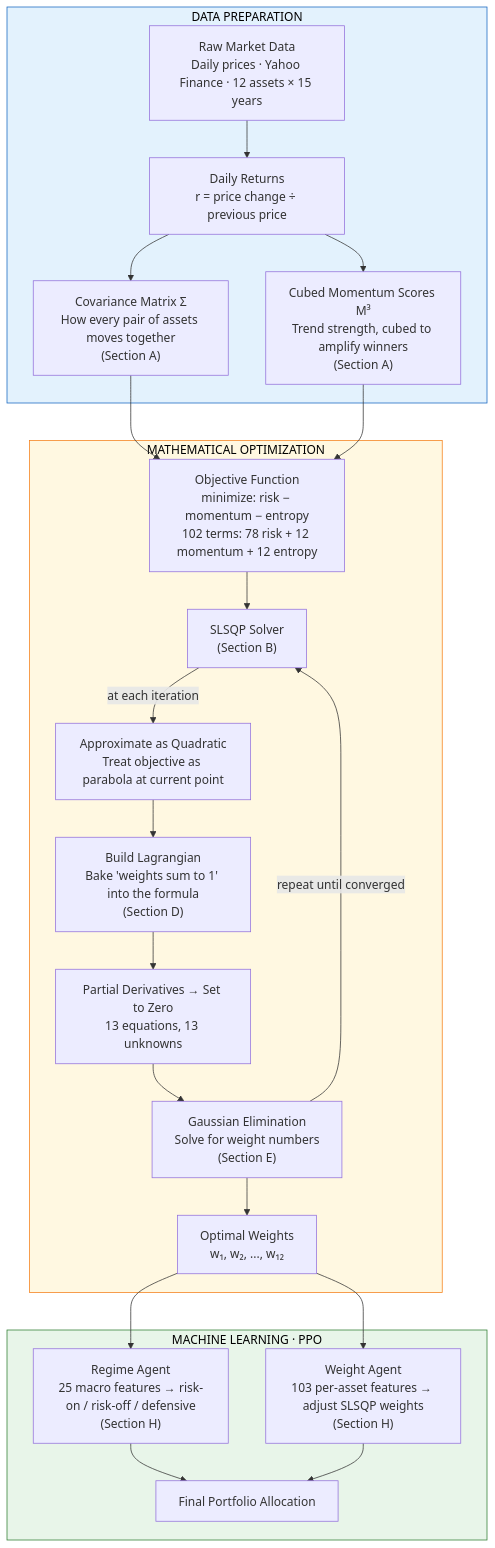
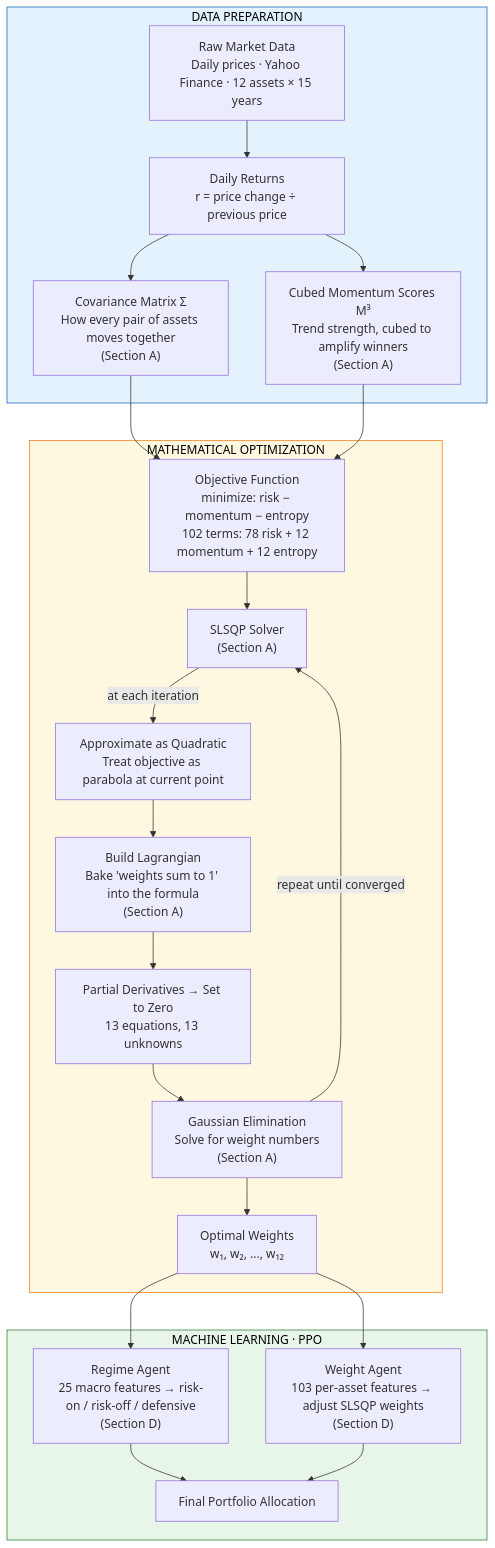
One commit to Guannings/alpha_dual_engine changed the diagram in README.md. Above: the diagram before and after it, drawn with Mermaid. The commit also changed other lines of this file, not shown here.

Commit message:
Fix flowchart section references to match actual appendix sections
SLSQP, Lagrangian, and Gaussian elimination are all subsections of A,
not separate sections B/D/E. PPO agents are Section D, not H.

````diff
--- a/README.md
+++ b/README.md
@@ -1064,46 +1064,46 @@
 ```mermaid
 graph TD
     subgraph DATA ["DATA PREPARATION"]
         A["Raw Market Data<br/>Daily prices · Yahoo Finance · 12 assets × 15 years"]
         B["Daily Returns<br/>r = price change ÷ previous price"]
         C["Covariance Matrix Σ<br/>How every pair of assets moves together<br/>(Section A)"]
         D["Cubed Momentum Scores M³<br/>Trend strength, cubed to amplify winners<br/>(Section A)"]
     end
 
     subgraph MATH ["MATHEMATICAL OPTIMIZATION"]
         E["Objective Function<br/>minimize: risk − momentum − entropy<br/>102 terms: 78 risk + 12 momentum + 12 entropy"]
-        F["SLSQP Solver<br/>(Section B)"]
+        F["SLSQP Solver<br/>(Section A)"]
         G["Approximate as Quadratic<br/>Treat objective as parabola at current point"]
-        H["Build Lagrangian<br/>Bake 'weights sum to 1' into the formula<br/>(Section D)"]
+        H["Build Lagrangian<br/>Bake 'weights sum to 1' into the formula<br/>(Section A)"]
         I["Partial Derivatives → Set to Zero<br/>13 equations, 13 unknowns"]
-        J["Gaussian Elimination<br/>Solve for weight numbers<br/>(Section E)"]
+        J["Gaussian Elimination<br/>Solve for weight numbers<br/>(Section A)"]
         K["Optimal Weights<br/>w₁, w₂, ..., w₁₂"]
     end
 
     subgraph ML ["MACHINE LEARNING · PPO"]
-        L["Regime Agent<br/>25 macro features → risk-on / risk-off / defensive<br/>(Section H)"]
-        M["Weight Agent<br/>103 per-asset features → adjust SLSQP weights<br/>(Section H)"]
+        L["Regime Agent<br/>25 macro features → risk-on / risk-off / defensive<br/>(Section D)"]
+        M["Weight Agent<br/>103 per-asset features → adjust SLSQP weights<br/>(Section D)"]
         N["Final Portfolio Allocation"]
     end
 
     A --> B
     B --> C
     B --> D
     C --> E
     D --> E
     E --> F
     F -->|"at each iteration"| G
     G --> H
     H --> I
     I --> J
     J -->|"repeat until converged"| F
     J --> K
     K --> L
     K --> M
     L --> N
     M --> N
 
     style DATA fill:#e3f2fd,stroke:#1565c0,color:#000
     style MATH fill:#fff8e1,stroke:#f57f17,color:#000
     style ML fill:#e8f5e9,stroke:#2e7d32,color:#000
 ```
````
